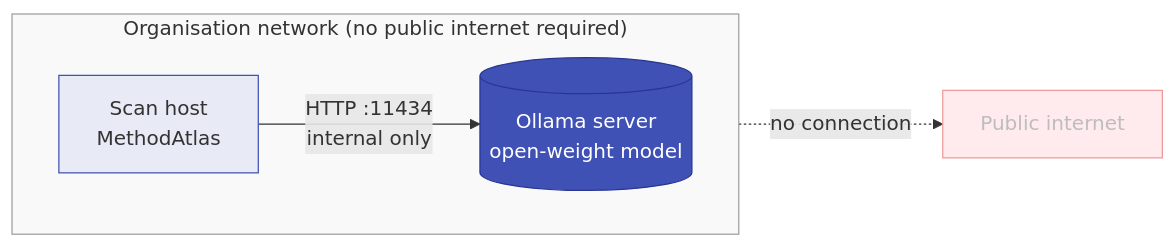
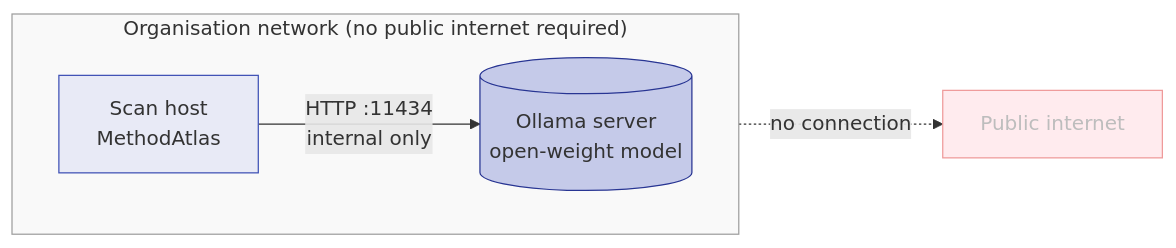
One commit to Accenture/MethodAtlas changed the first of 2 diagrams in docs/deployment/air-gapped.md. Above: the diagram before and after it, drawn with Mermaid. The commit also changed other lines of this file and 1 other file, not shown here.

Commit message:
fix(docs): replace dark-blue node fill with readable light indigo in diagrams
Dark blue (#3f51b5) Mermaid nodes had black text rendered over them despite
color:#fff being set, because the MkDocs Material / Mermaid renderer did not
reliably apply the color attribute. Changed fill to #c5cae9 (Indigo 100) so
black text is naturally readable without relying on a color override.

````diff
--- a/docs/deployment/air-gapped.md
+++ b/docs/deployment/air-gapped.md
@@ -20,13 +20,13 @@
 ```mermaid
 flowchart LR
     subgraph org["Organisation network (no public internet required)"]
         direction LR
         SH["Scan host\nMethodAtlas"] -->|"HTTP :11434\ninternal only"| OL[("Ollama server\nopen-weight model")]
     end
     EXT["Public internet"]
     org -.->|"no connection"| EXT
     style SH  fill:#e8eaf6,stroke:#3f51b5
-    style OL  fill:#3f51b5,color:#fff,stroke:#283593
+    style OL  fill:#c5cae9,stroke:#283593
     style EXT fill:#ffebee,stroke:#ef9a9a,color:#bdbdbd
     style org fill:#f9f9f9,stroke:#9e9e9e
 ```
````
